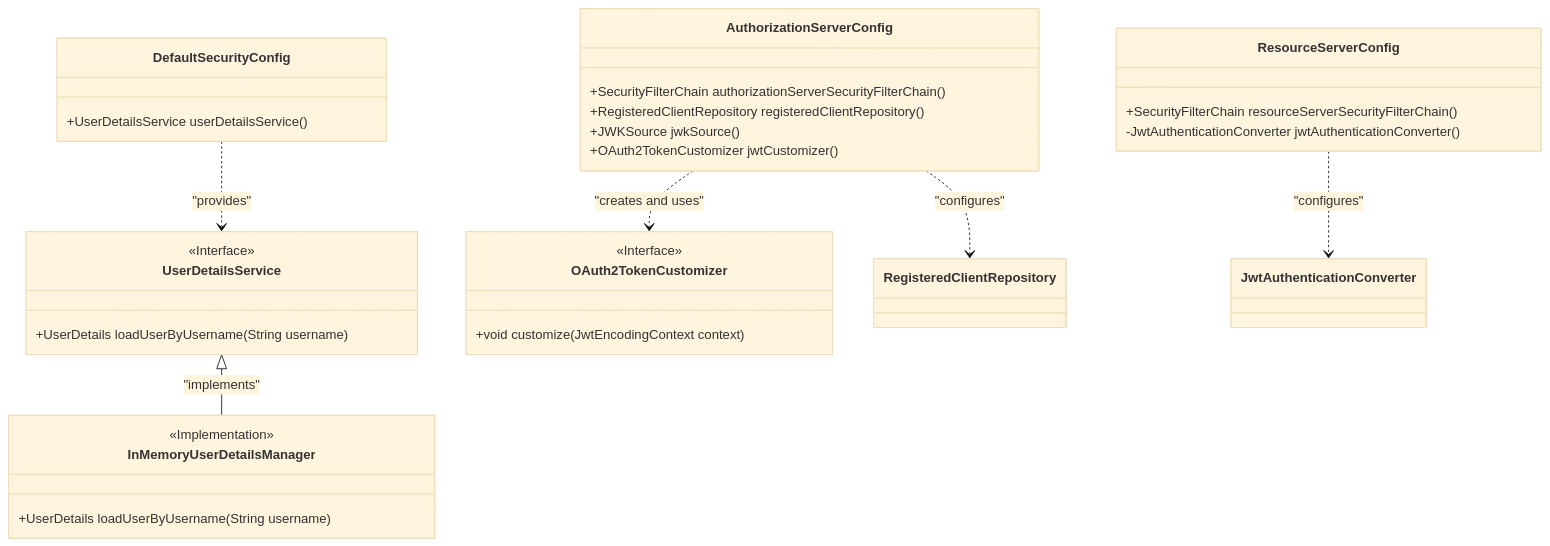
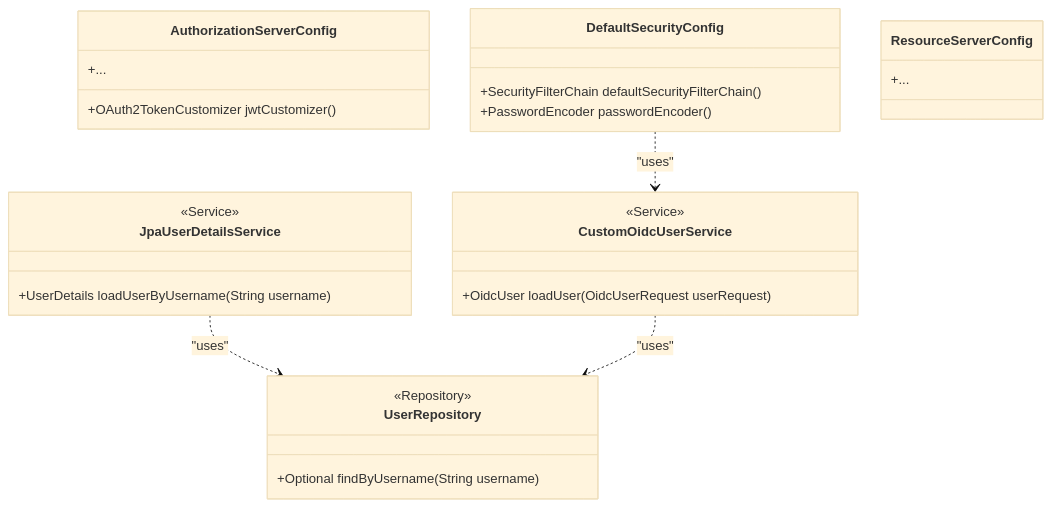
The second of 2 diagrams in README.md (busquedad/Hibernate), drawn with Mermaid (base theme) before and after one commit. The commit also changed other lines of this file and 19 other files, not shown here.

````diff
--- a/README.md
+++ b/README.md
@@ -142,39 +152,35 @@
 ```mermaid
 classDiagram
     class AuthorizationServerConfig {
-        +SecurityFilterChain authorizationServerSecurityFilterChain()
-        +RegisteredClientRepository registeredClientRepository()
-        +JWKSource jwkSource()
+        +...
         +OAuth2TokenCustomizer jwtCustomizer()
     }
 
     class DefaultSecurityConfig {
-        +UserDetailsService userDetailsService()
+        +SecurityFilterChain defaultSecurityFilterChain()
+        +PasswordEncoder passwordEncoder()
     }
 
     class ResourceServerConfig {
-        +SecurityFilterChain resourceServerSecurityFilterChain()
-        -JwtAuthenticationConverter jwtAuthenticationConverter()
+        +...
     }
 
-    class UserDetailsService {
-        <<Interface>>
+    class JpaUserDetailsService {
+        <<Service>>
         +UserDetails loadUserByUsername(String username)
     }
 
-    class InMemoryUserDetailsManager {
-        <<Implementation>>
-        +UserDetails loadUserByUsername(String username)
+    class CustomOidcUserService {
+        <<Service>>
+        +OidcUser loadUser(OidcUserRequest userRequest)
     }
 
-    class OAuth2TokenCustomizer {
-        <<Interface>>
-        +void customize(JwtEncodingContext context)
+    class UserRepository {
+        <<Repository>>
+        +Optional<User> findByUsername(String username)
     }
 
-    AuthorizationServerConfig ..> OAuth2TokenCustomizer : "creates and uses"
-    DefaultSecurityConfig ..> UserDetailsService : "provides"
-    UserDetailsService <|-- InMemoryUserDetailsManager : "implements"
-    AuthorizationServerConfig ..> RegisteredClientRepository : "configures"
-    ResourceServerConfig ..> JwtAuthenticationConverter : "configures"
+    DefaultSecurityConfig ..> CustomOidcUserService : "uses"
+    JpaUserDetailsService ..> UserRepository : "uses"
+    CustomOidcUserService ..> UserRepository : "uses"
 ```
````
